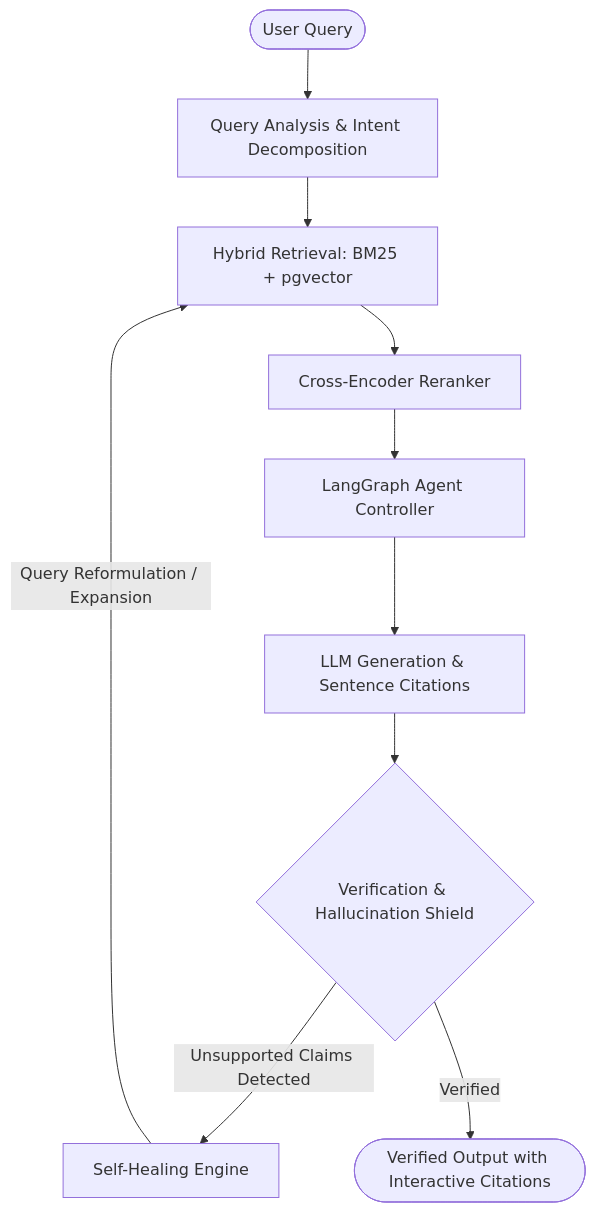
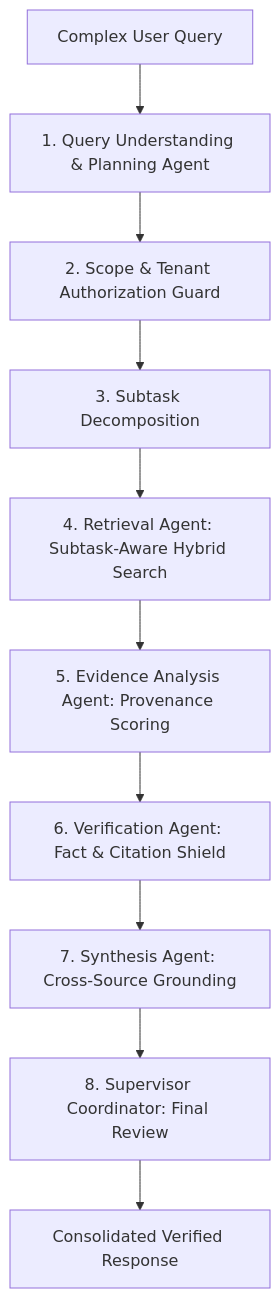
The third of 3 diagrams in README.md (Jeeva1117/Self-Healing-RAG-Agent), drawn with Mermaid before and after one commit. The commit also changed other lines of this file, not shown here.

Commit message:
docs: create comprehensive production-grade README for Self-Healing RAG Agent

````diff
--- a/README.md
+++ b/README.md
@@ -41,14 +410,12 @@
 ```mermaid
-flowchart TD
-    User([User Query]) --> QAnalyze[Query Analysis & Intent Decomposition]
-    QAnalyze --> HybridSearch[Hybrid Retrieval: BM25 + pgvector]
-    HybridSearch --> Rerank[Cross-Encoder Reranker]
-    Rerank --> LangGraph[LangGraph Agent Controller]
-    LangGraph --> Gen[LLM Generation & Sentence Citations]
-    Gen --> Verifier{Verification & Hallucination Shield}
-    
-    Verifier -- Unsupported Claims Detected --> SelfHeal[Self-Healing Engine]
-    SelfHeal -- Query Reformulation / Expansion --> HybridSearch
-    
-    Verifier -- Verified --> Out([Verified Output with Interactive Citations])
+graph TD
+    UserQuery[Complex User Query] --> Coord[1. Query Understanding & Planning Agent]
+    Coord --> TenantGuard[2. Scope & Tenant Authorization Guard]
+    TenantGuard --> Plan[3. Subtask Decomposition]
+    Plan --> RetAgent[4. Retrieval Agent: Subtask-Aware Hybrid Search]
+    RetAgent --> EvidAgent[5. Evidence Analysis Agent: Provenance Scoring]
+    EvidAgent --> FactCheck[6. Verification Agent: Fact & Citation Shield]
+    FactCheck --> SynthAgent[7. Synthesis Agent: Cross-Source Grounding]
+    SynthAgent --> Supervisor[8. Supervisor Coordinator: Final Review]
+    Supervisor --> Output[Consolidated Verified Response]
 ```
````
